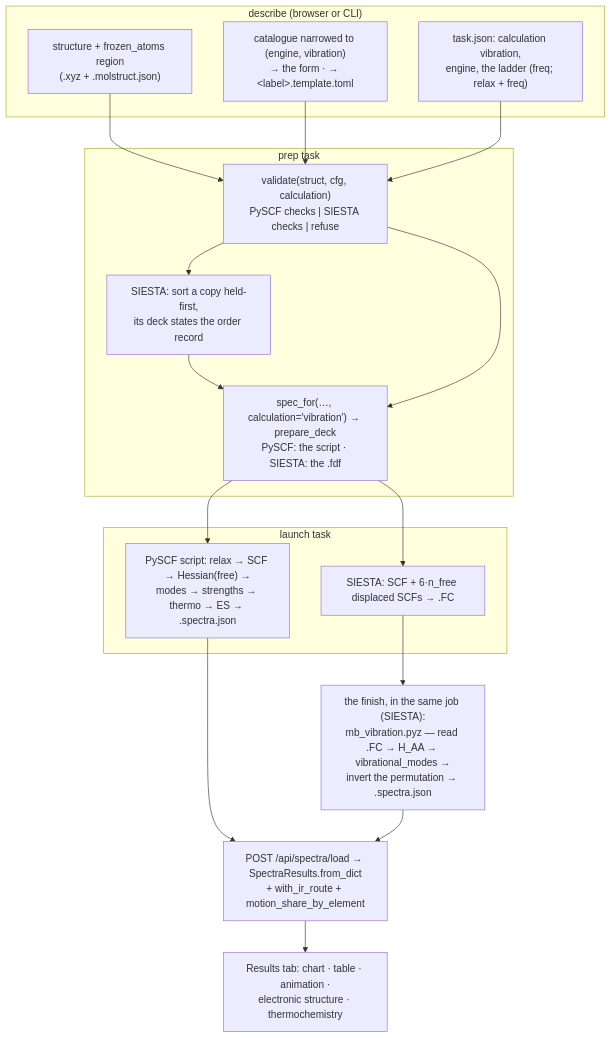
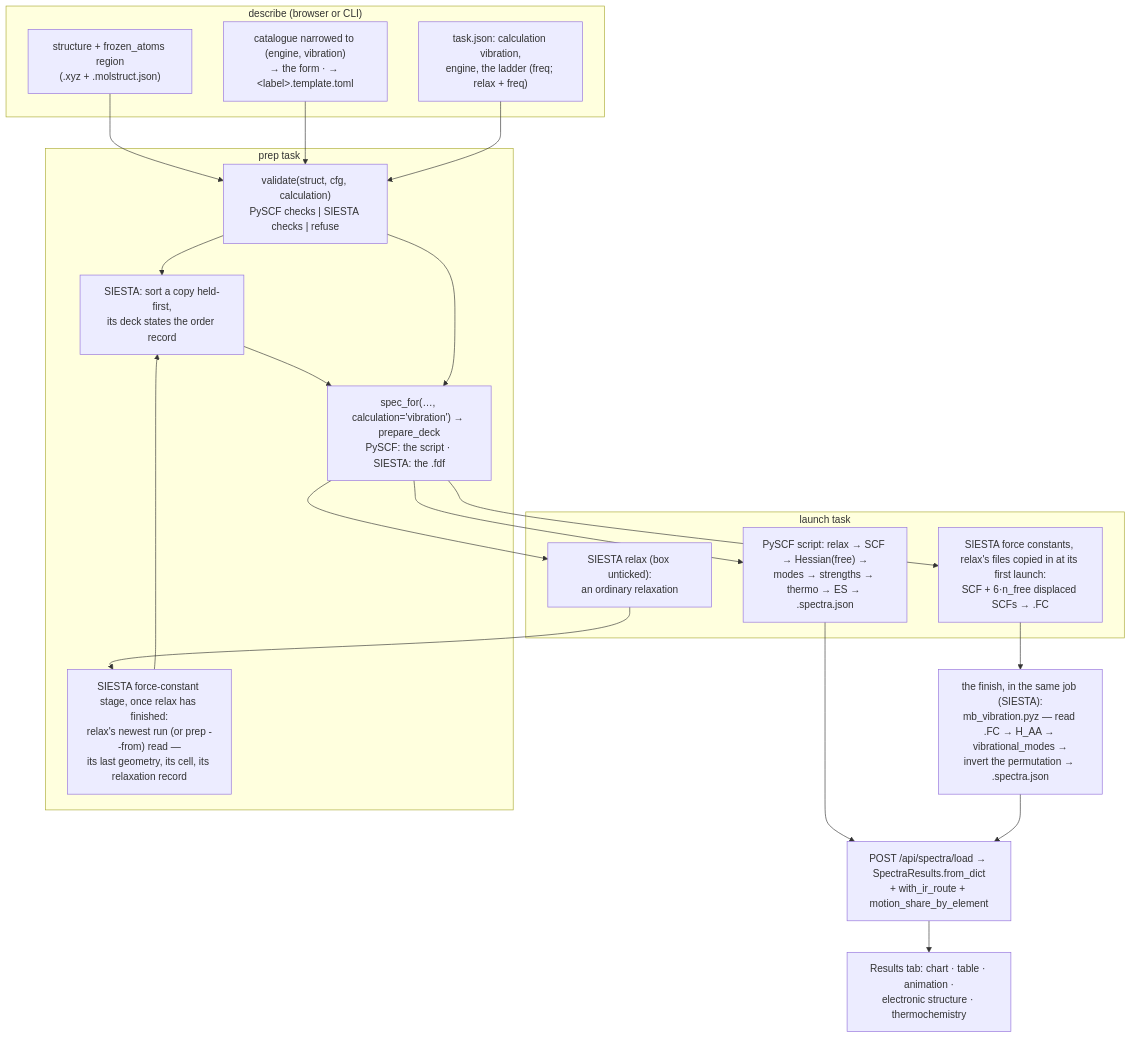
One commit to Qing-LAB/molbuilder changed the second of 2 diagrams in docs/engines/vibration.md. Above: the diagram before and after it, drawn with Mermaid. The commit also changed other lines of this file and 54 other files, not shown here.

````diff
--- a/docs/engines/vibration.md
+++ b/docs/engines/vibration.md
@@ -2533,22 +2553,25 @@
 ```mermaid
 flowchart TB
   subgraph describe["describe (browser or CLI)"]
     ST["structure + frozen_atoms region<br/>(.xyz + .molstruct.json)"]
     CAT["catalogue narrowed to (engine, vibration)<br/>→ the form · → &lt;label&gt;.template.toml"]
     TJ["task.json: calculation vibration,<br/>engine, the ladder (freq; relax + freq)"]
   end
   subgraph prep["prep task"]
     G["validate(struct, cfg, calculation)<br/>PySCF checks #124; SIESTA checks #124; refuse"]
+    RX["SIESTA force-constant stage, once relax has finished:<br/>relax's newest run (or prep --from) read —<br/>its last geometry, its cell, its relaxation record"]
     SORT["SIESTA: sort a copy held-first,<br/>its deck states the order record"]
     D["spec_for(…, calculation='vibration') → prepare_deck<br/>PySCF: the script · SIESTA: the .fdf"]
   end
   subgraph run["launch task"]
     PY["PySCF script: relax → SCF → Hessian(free) →<br/>modes → strengths → thermo → ES → .spectra.json"]
-    SI["SIESTA: SCF + 6·n_free displaced SCFs → .FC"]
+    SR["SIESTA relax (box unticked):<br/>an ordinary relaxation"]
+    SI["SIESTA force constants, relax's files copied in at its first launch:<br/>SCF + 6·n_free displaced SCFs → .FC"]
   end
   SUM["the finish, in the same job (SIESTA):<br/>mb_vibration.pyz — read .FC → H_AA → vibrational_modes →<br/>invert the permutation → .spectra.json"]
   LOAD["POST /api/spectra/load → SpectraResults.from_dict<br/>+ with_ir_route + motion_share_by_element"]
   VIEW["Results tab: chart · table · animation ·<br/>electronic structure · thermochemistry"]
   ST --> G; CAT --> G; TJ --> G; G --> SORT --> D; G --> D
-  D --> PY; D --> SI; SI --> SUM; PY --> LOAD; SUM --> LOAD; LOAD --> VIEW
+  D --> PY; D --> SR; SR --> RX; RX --> SORT; D --> SI
+  SI --> SUM; PY --> LOAD; SUM --> LOAD; LOAD --> VIEW
 ```
````
